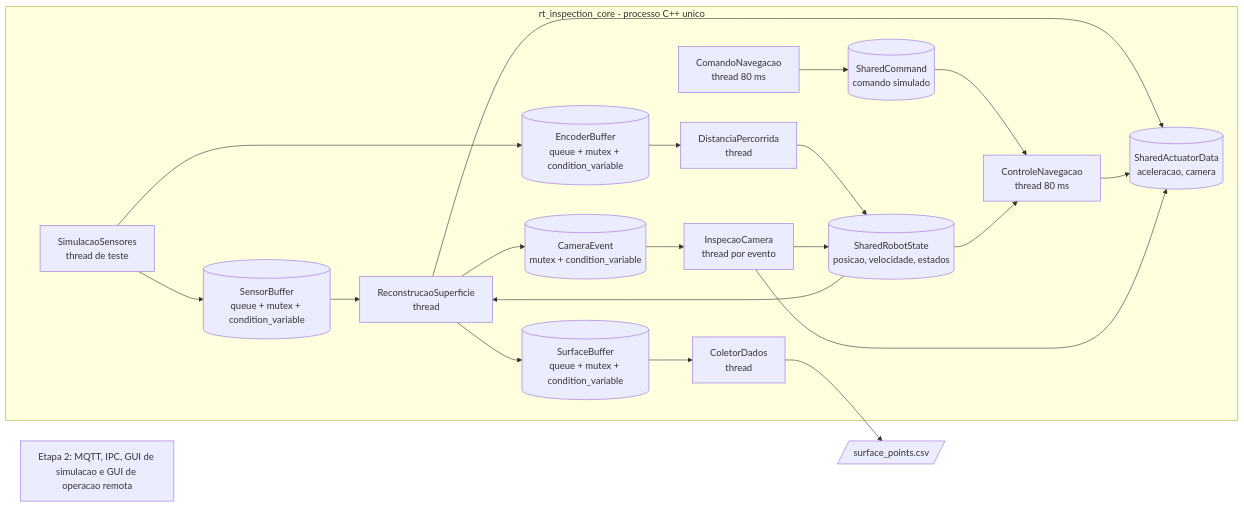
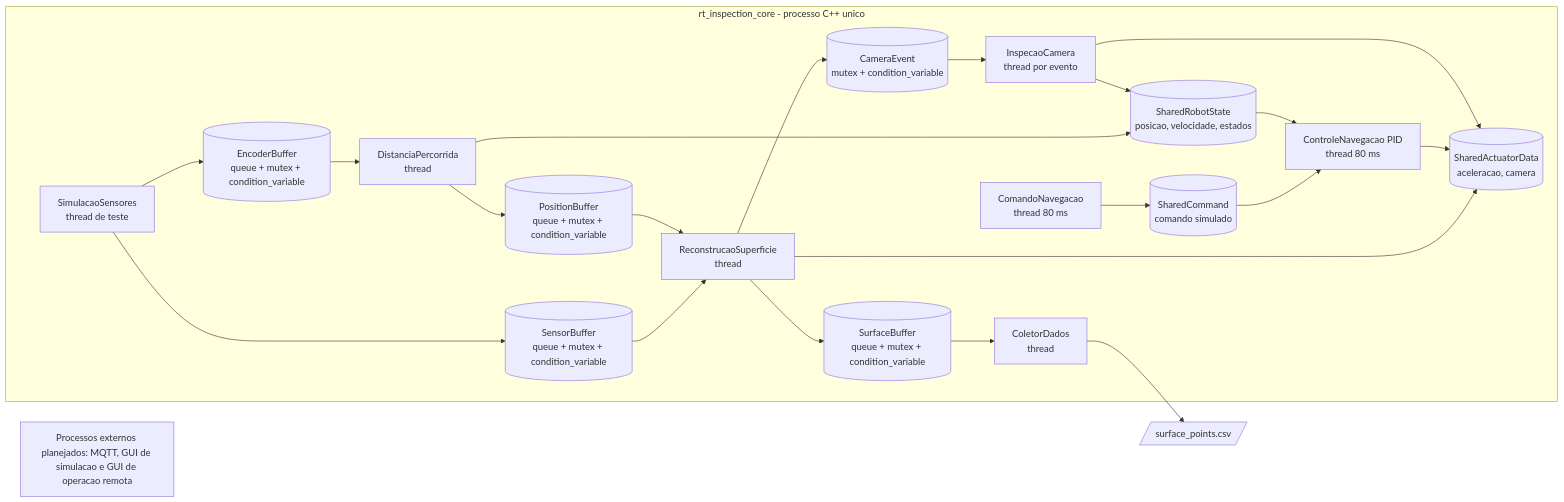
One commit to LeandroLopo/RT-Inspection-System changed the second of 2 diagrams in ARQUITETURA_ETAPA1.md. Above: the diagram before and after it, drawn with Mermaid. The commit also changed other lines of this file and 28 other files, not shown here.

````diff
--- a/ARQUITETURA_ETAPA1.md
+++ b/ARQUITETURA_ETAPA1.md
@@ -5,35 +26,36 @@
 ```mermaid
 flowchart LR
     subgraph Core["rt_inspection_core - processo C++ unico"]
         Sim["SimulacaoSensores<br/>thread de teste"]
         Cmd["ComandoNavegacao<br/>thread 80 ms"]
-        Ctrl["ControleNavegacao<br/>thread 80 ms"]
+        Ctrl["ControleNavegacao PID<br/>thread 80 ms"]
         Dist["DistanciaPercorrida<br/>thread"]
         Rec["ReconstrucaoSuperficie<br/>thread"]
         Cam["InspecaoCamera<br/>thread por evento"]
         Col["ColetorDados<br/>thread"]
 
         SensorBuf[("SensorBuffer<br/>queue + mutex + condition_variable")]
         EncoderBuf[("EncoderBuffer<br/>queue + mutex + condition_variable")]
+        PositionBuf[("PositionBuffer<br/>queue + mutex + condition_variable")]
         SurfaceBuf[("SurfaceBuffer<br/>queue + mutex + condition_variable")]
         CameraEvt[("CameraEvent<br/>mutex + condition_variable")]
 
         RobotState[("SharedRobotState<br/>posicao, velocidade, estados")]
         CommandState[("SharedCommand<br/>comando simulado")]
         ActuatorState[("SharedActuatorData<br/>aceleracao, camera")]
     end
 
     Sim --> SensorBuf --> Rec
-    Sim --> EncoderBuf --> Dist --> RobotState
-    RobotState --> Rec
+    Sim --> EncoderBuf --> Dist --> PositionBuf --> Rec
+    Dist --> RobotState
     Rec --> SurfaceBuf --> Col
     Rec --> CameraEvt --> Cam
     Rec --> ActuatorState
     Cmd --> CommandState --> Ctrl --> ActuatorState
     RobotState --> Ctrl
     Cam --> RobotState
     Cam --> ActuatorState
     Col --> CSV[/"surface_points.csv"/]
 
-    Etapa2["Etapa 2: MQTT, IPC, GUI de simulacao e GUI de operacao remota"]
+    Etapa2["Processos externos planejados: MQTT, GUI de simulacao e GUI de operacao remota"]
 ```
````
